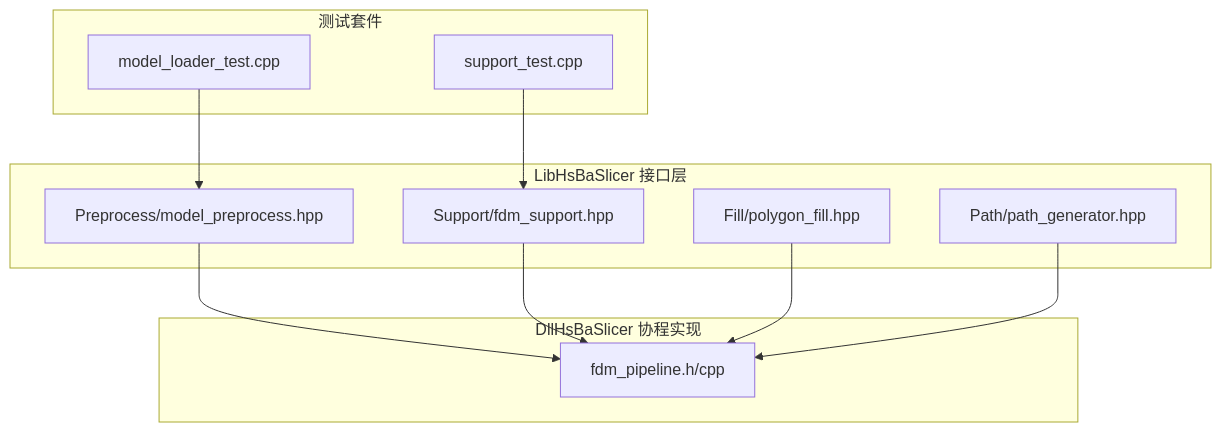
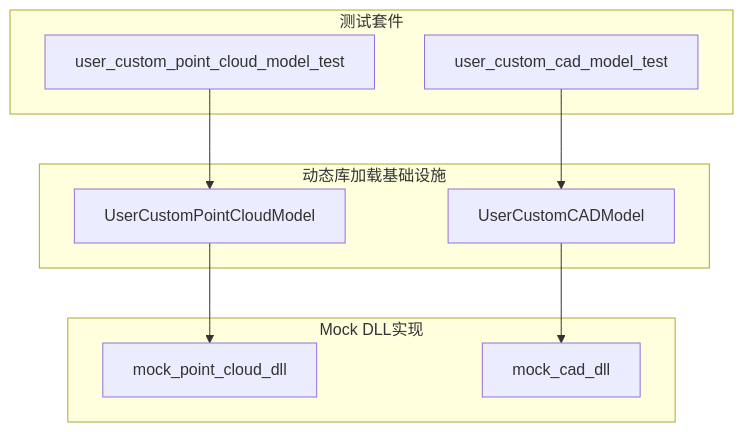
Diagram 15 of 15 in .qoder/repowiki/zh/content/测试与调试/测试与调试.md (hsmbanlance/HsBaSlicer), drawn with Mermaid before and after one commit. The commit also changed other lines of this file and 31 other files, not shown here.

First line of the commit message:
docs(architecture): 更新文档以包含事件处理系统和动态库测试

````diff
--- a/.qoder/repowiki/zh/content/测试与调试/测试与调试.md
+++ b/.qoder/repowiki/zh/content/测试与调试/测试与调试.md
@@ -499,22 +643,19 @@
 ```mermaid
 graph TB
-subgraph "LibHsBaSlicer 接口层"
-MP["Preprocess/model_preprocess.hpp"]
-FS["Support/fdm_support.hpp"]
-PF["Fill/polygon_fill.hpp"]
-PG["Path/path_generator.hpp"]
+subgraph "动态库加载基础设施"
+UCPM["UserCustomPointCloudModel"]
+UCAM["UserCustomCADModel"]
 end
-subgraph "DllHsBaSlicer 协程实现"
-FP["fdm_pipeline.h/cpp"]
+subgraph "Mock DLL实现"
+MockPC["mock_point_cloud_dll"]
+MockCAD["mock_cad_dll"]
 end
 subgraph "测试套件"
-MLT["model_loader_test.cpp"]
-ST["support_test.cpp"]
+PC_Test["user_custom_point_cloud_model_test"]
+CAD_Test["user_custom_cad_model_test"]
 end
-MP --> FP
-FS --> FP
-PF --> FP
-PG --> FP
-MLT --> MP
-ST --> FS
+UCPM --> MockPC
+UCAM --> MockCAD
+PC_Test --> UCPM
+CAD_Test --> UCAM
 ```
````
